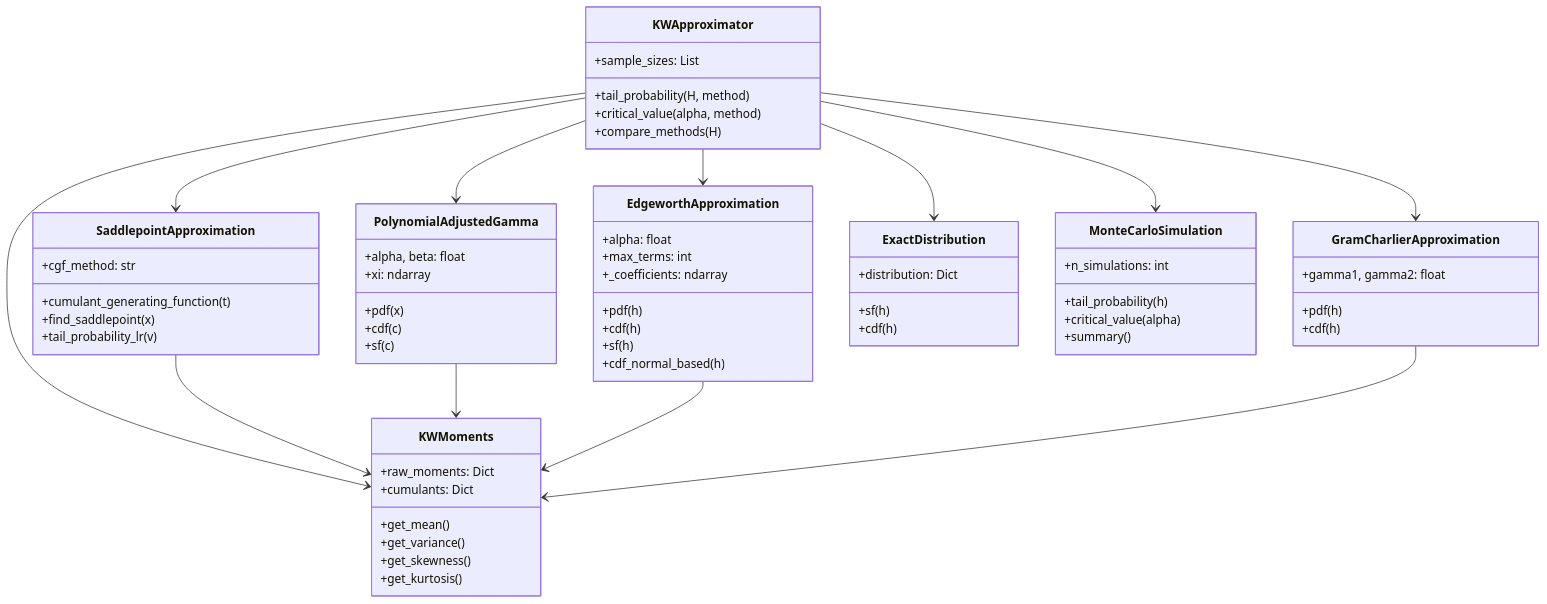
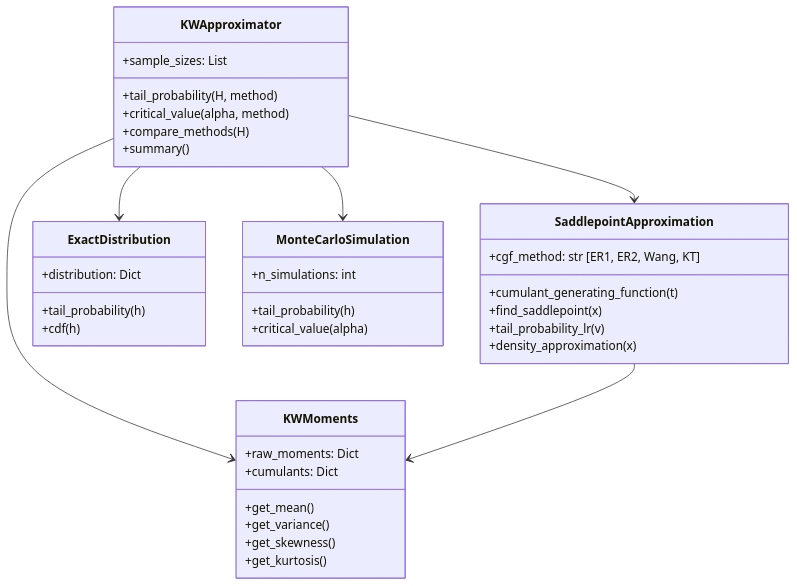
The fourth of 4 diagrams in README.md (zongseung/KS-test), drawn with Mermaid before and after one commit. The commit also changed other lines of this file and 1 other file, not shown here.

````diff
--- a/README.md
+++ b/README.md
@@ -313,74 +231,45 @@
 ```mermaid
 classDiagram
     class KWApproximator {
         +sample_sizes: List
         +tail_probability(H, method)
         +critical_value(alpha, method)
         +compare_methods(H)
+        +summary()
     }
 
     class KWMoments {
         +raw_moments: Dict
         +cumulants: Dict
         +get_mean()
         +get_variance()
         +get_skewness()
         +get_kurtosis()
     }
 
     class SaddlepointApproximation {
-        +cgf_method: str
+        +cgf_method: str [ER1, ER2, Wang, KT]
         +cumulant_generating_function(t)
         +find_saddlepoint(x)
         +tail_probability_lr(v)
-    }
-
-    class PolynomialAdjustedGamma {
-        +alpha, beta: float
-        +xi: ndarray
-        +pdf(x)
-        +cdf(c)
-        +sf(c)
-    }
-
-    class EdgeworthApproximation {
-        +alpha: float
-        +max_terms: int
-        +_coefficients: ndarray
-        +pdf(h)
-        +cdf(h)
-        +sf(h)
-        +cdf_normal_based(h)
-    }
-
-    class GramCharlierApproximation {
-        +gamma1, gamma2: float
-        +pdf(h)
-        +cdf(h)
+        +density_approximation(x)
     }
 
     class ExactDistribution {
         +distribution: Dict
-        +sf(h)
+        +tail_probability(h)
         +cdf(h)
     }
 
     class MonteCarloSimulation {
         +n_simulations: int
         +tail_probability(h)
         +critical_value(alpha)
-        +summary()
     }
 
     KWApproximator --> KWMoments
     KWApproximator --> SaddlepointApproximation
-    KWApproximator --> PolynomialAdjustedGamma
-    KWApproximator --> EdgeworthApproximation
-    KWApproximator --> GramCharlierApproximation
     KWApproximator --> ExactDistribution
     KWApproximator --> MonteCarloSimulation
     SaddlepointApproximation --> KWMoments
-    PolynomialAdjustedGamma --> KWMoments
-    EdgeworthApproximation --> KWMoments
-    GramCharlierApproximation --> KWMoments
 ```
````
